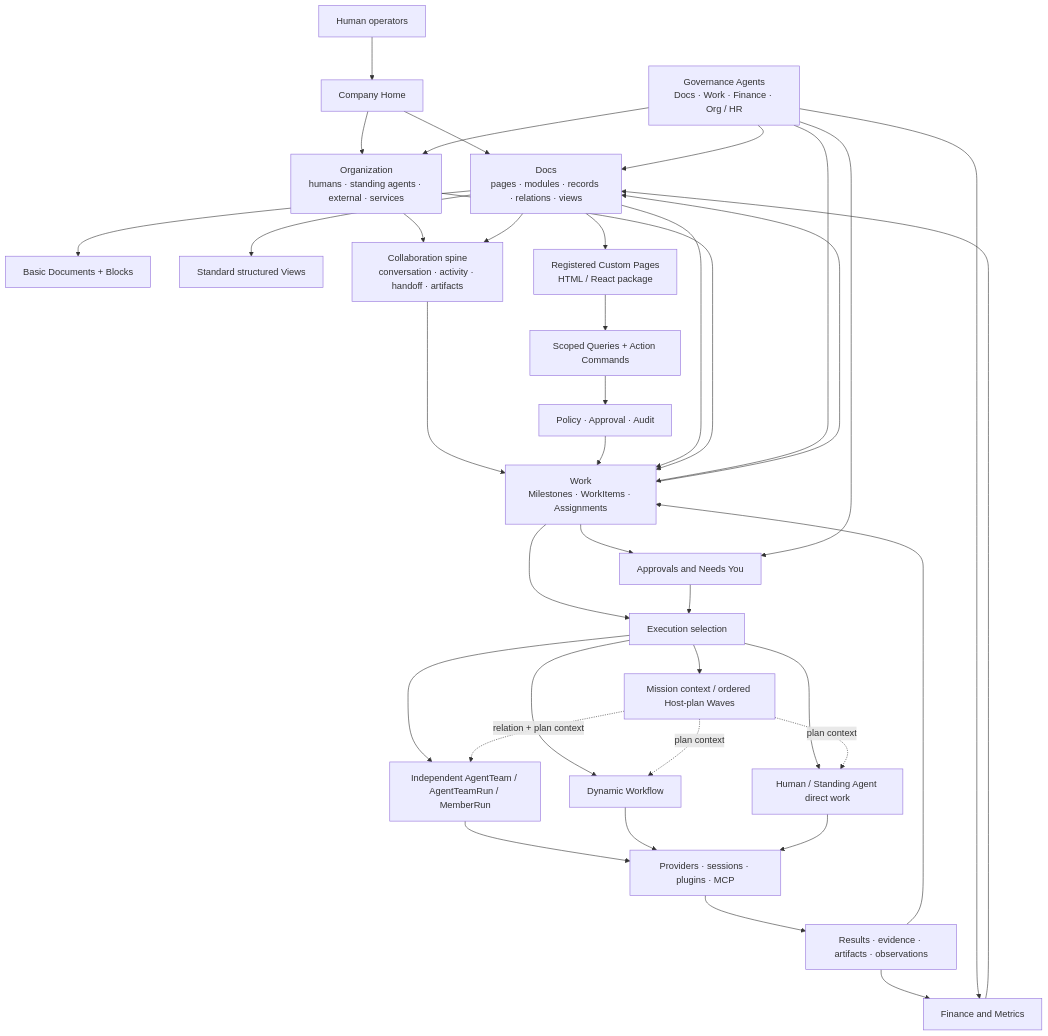
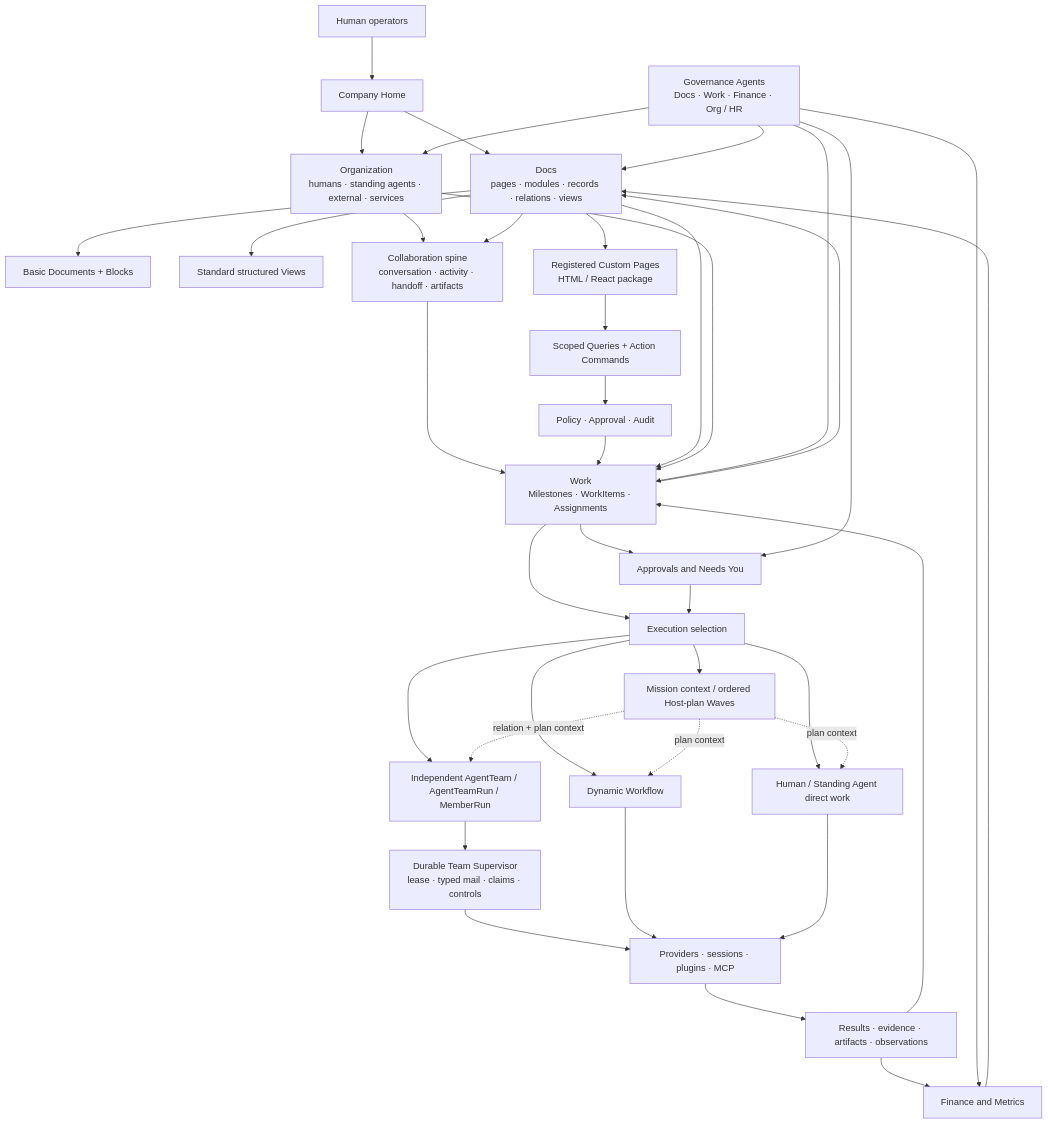
One commit to cyl19970726/multi-agent-harness changed the diagram in docs/architecture-map.md. Above: the diagram before and after it, drawn with Mermaid. The commit also changed other lines of this file and 39 other files, not shown here.

Commit message:
docs(agent-team): align durable control contracts

````diff
--- a/docs/architecture-map.md
+++ b/docs/architecture-map.md
@@ -8,62 +8,64 @@
 ```mermaid
 flowchart TB
   Human["Human operators"]
   Home["Company Home"]
   Docs["Docs\npages · modules · records · relations · views"]
   Blocks["Basic Documents + Blocks"]
   Views["Standard structured Views"]
   Custom["Registered Custom Pages\nHTML / React package"]
   Actions["Scoped Queries + Action Commands"]
   Policy["Policy · Approval · Audit"]
   Org["Organization\nhumans · standing agents · external · services"]
   Collab["Collaboration spine\nconversation · activity · handoff · artifacts"]
   Work["Work\nMilestones · WorkItems · Assignments"]
   Approval["Approvals and Needs You"]
   Gov["Governance Agents\nDocs · Work · Finance · Org / HR"]
   Finance["Finance and Metrics"]
   Exec["Execution selection"]
   Mission["Mission context / ordered Host-plan Waves"]
   Team["Independent AgentTeam / AgentTeamRun / MemberRun"]
+  Supervisor["Durable Team Supervisor\nlease · typed mail · claims · controls"]
   Workflow["Dynamic Workflow"]
   Direct["Human / Standing Agent direct work"]
   Runtime["Providers · sessions · plugins · MCP"]
   Result["Results · evidence · artifacts · observations"]
 
   Human --> Home
   Home --> Docs
   Home --> Org
   Org --> Collab
   Docs --> Collab
   Collab --> Work
   Docs --> Blocks
   Docs --> Views
   Docs --> Custom
   Custom --> Actions
   Actions --> Policy
   Policy --> Work
   Docs --> Work
   Org --> Work
   Work --> Approval
   Work --> Exec
   Approval --> Exec
   Exec --> Mission
   Exec --> Team
   Exec --> Workflow
   Exec --> Direct
   Mission -.->|relation + plan context| Team
   Mission -.->|plan context| Workflow
   Mission -.->|plan context| Direct
-  Team --> Runtime
+  Team --> Supervisor
+  Supervisor --> Runtime
   Workflow --> Runtime
   Direct --> Runtime
   Runtime --> Result
   Result --> Work
   Work --> Docs
   Result --> Finance
   Finance --> Docs
   Gov --> Docs
   Gov --> Org
   Gov --> Work
   Gov --> Finance
   Gov --> Approval
 ```
````
